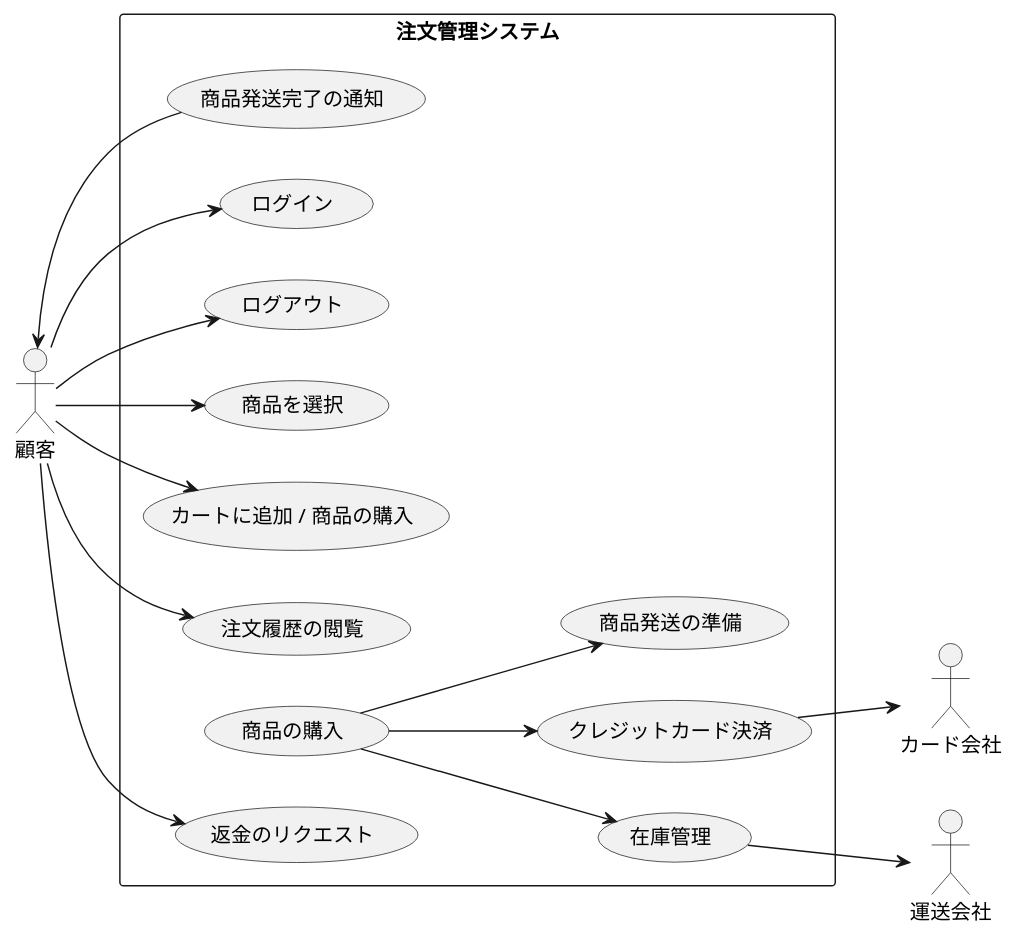
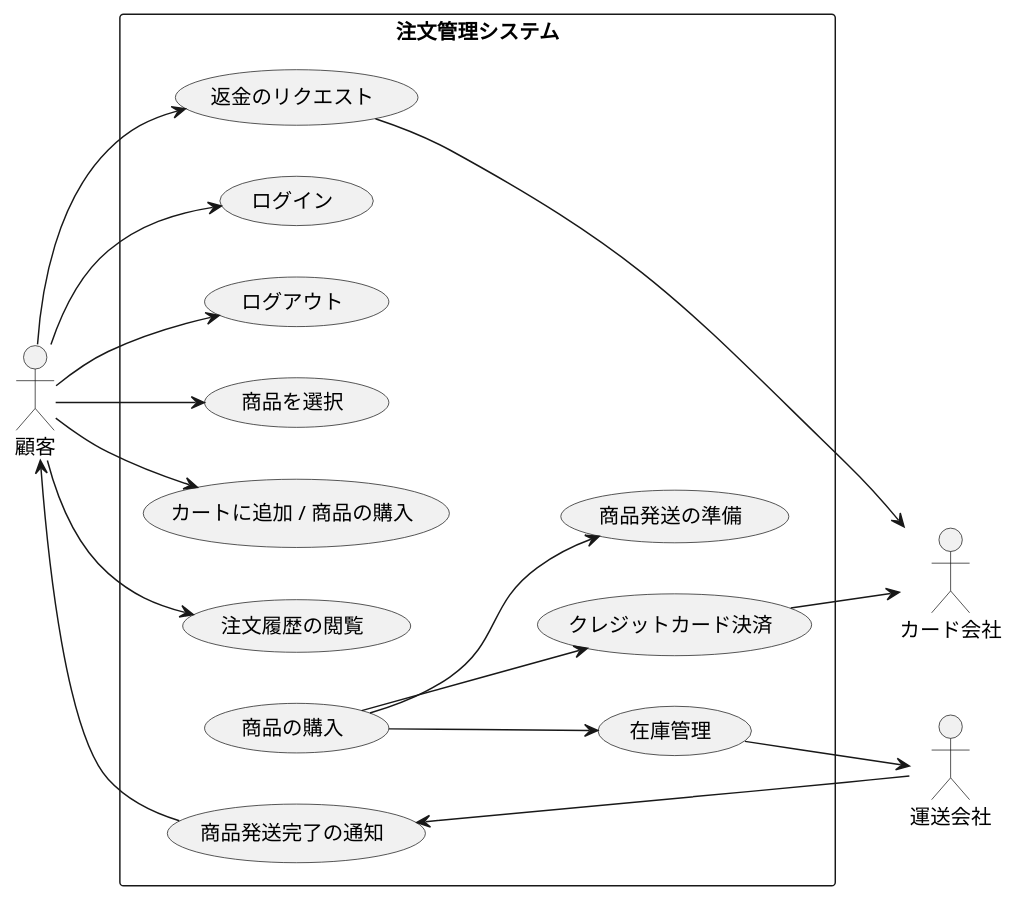
The diagram in usecase.pu (kTaiga1016/kouka), drawn with PlantUML before and after one commit.

```diff
--- a/usecase.pu
+++ b/usecase.pu
@@ -1,26 +1,27 @@
 @startuml  
 left to right direction
 actor 顧客
 actor 運送会社
 actor カード会社
 
 
 rectangle   注文管理システム {
 顧客 --> (ログイン)
 顧客 --> (ログアウト)
 顧客 --> (商品を選択)
 顧客 --> (カートに追加 / 商品の購入)
 顧客 --> (注文履歴の閲覧)
 顧客 --> (返金のリクエスト)
-
+(返金のリクエスト) --> (カード会社)
 
 (商品の購入) --> (クレジットカード決済)
 (商品の購入) --> (在庫管理)
 (商品の購入) --> (商品発送の準備)
 (在庫管理) --> 運送会社
 (商品発送完了の通知) --> 顧客
+運送会社 --> (商品発送完了の通知)
 
 
 (クレジットカード決済) --> カード会社
 }
 @enduml
```
